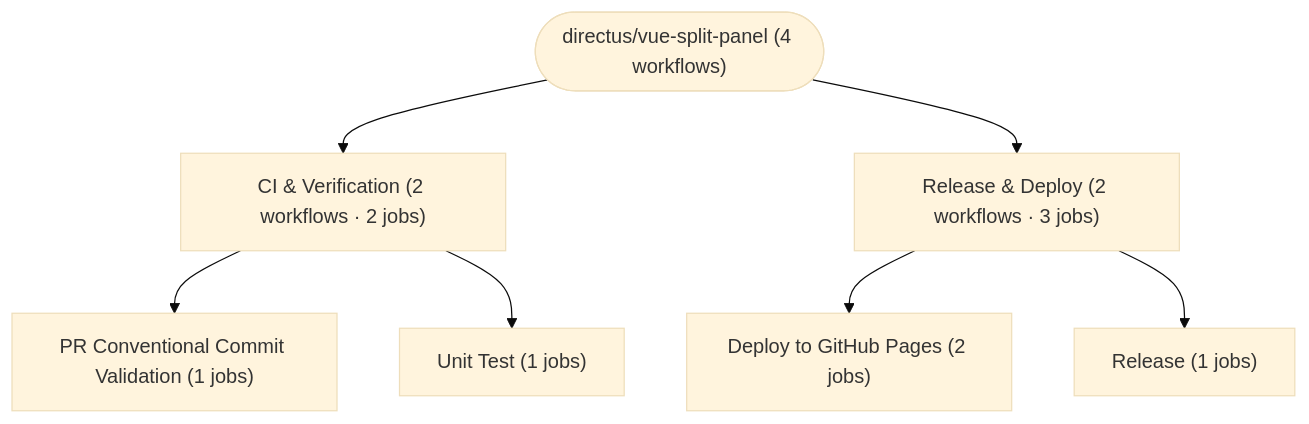
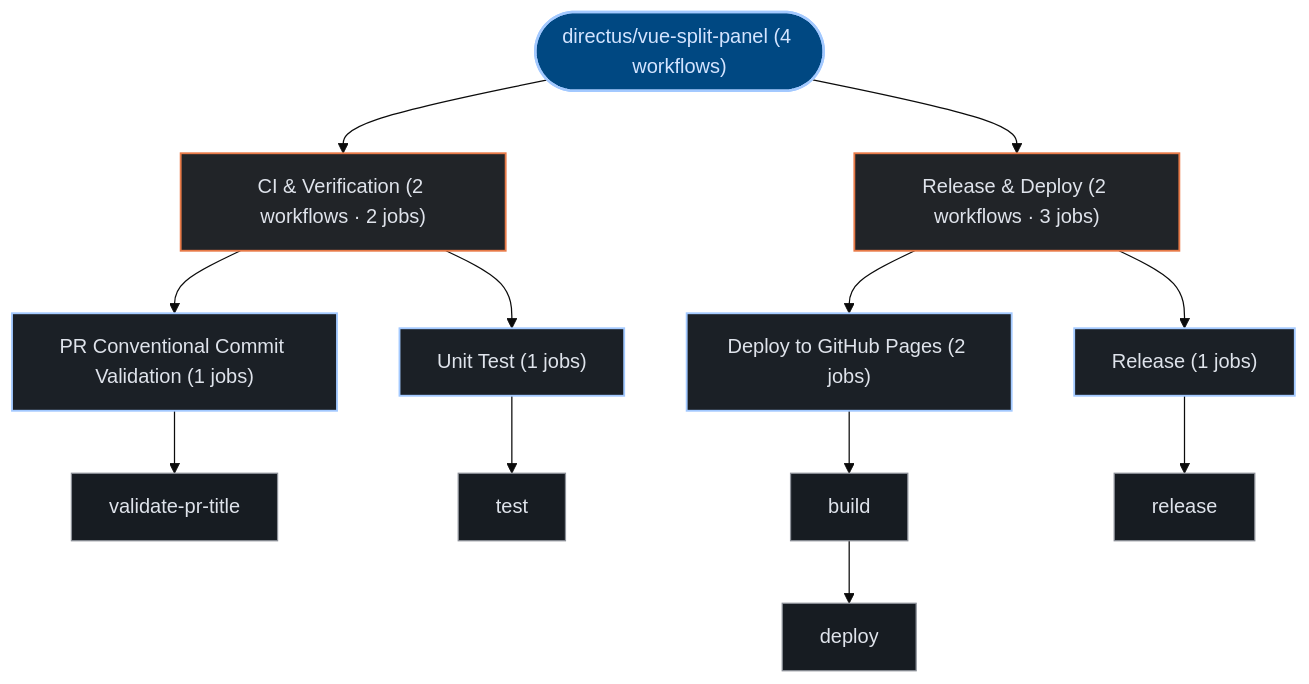
Before and after one commit to kumarshaz/atruss-code-atlas: the third of 3 diagrams in exports/latest/reports/directus-vue-split-panel-report.md, drawn with Mermaid (base theme). The commit also changed other lines of this file and 331 other files, not shown here.

Commit message:
docs,ui,fix: update SDLC docs, reorder CI/CD DAG first, stylize Mermaid, and fix Arc42 pipeline topology

````diff
--- a/exports/latest/reports/directus-vue-split-panel-report.md
+++ b/exports/latest/reports/directus-vue-split-panel-report.md
@@ -134,16 +145,33 @@
 ```mermaid
 graph TD;
-  pipeline_root(["directus/vue-split-panel (4 workflows)"])
-  grp_0_CI___Verification["CI & Verification (2 workflows · 2 jobs)"]
+  classDef atlasRoot fill:#004882,stroke:#a3c9ff,stroke-width:2px,color:#d3e4ff
+  classDef atlasCategory fill:#212428,stroke:#E87A48,stroke-width:1.5px,color:#dfe3eb
+  classDef atlasWorkflow fill:#1b2026,stroke:#a3c9ff,stroke-width:1.5px,color:#dfe3eb
+  classDef atlasJob fill:#171c22,stroke:#8d9199,stroke-width:1px,color:#dfe3eb
+  classDef atlasTarget fill:#005227,stroke:#8bd99b,stroke-width:1.5px,color:#a7f6b6
+  classDef atlasAlert fill:#93000a,stroke:#ffb4ab,stroke-width:1.5px,color:#ffdad6
+  classDef atlasMore fill:#252a31,stroke:#8d9199,stroke-dasharray:4 4,color:#c3c6cf
+  pipeline_root(["directus/vue-split-panel (4 workflows)"]):::atlasRoot
+  grp_0_CI___Verification["CI & Verification (2 workflows · 2 jobs)"]:::atlasCategory
   pipeline_root --> grp_0_CI___Verification
-  wf_0_PR_Conventional_Commit_Validation["PR Conventional Commit Validation (1 jobs)"]
+  wf_0_PR_Conventional_Commit_Validation["PR Conventional Commit Validation (1 jobs)"]:::atlasWorkflow
   grp_0_CI___Verification --> wf_0_PR_Conventional_Commit_Validation
-  wf_3_Unit_Test["Unit Test (1 jobs)"]
+  job_0_validate_pr_title["validate-pr-title"]:::atlasJob
+  wf_0_PR_Conventional_Commit_Validation --> job_0_validate_pr_title
+  wf_3_Unit_Test["Unit Test (1 jobs)"]:::atlasWorkflow
   grp_0_CI___Verification --> wf_3_Unit_Test
-  grp_1_Release___Deploy["Release & Deploy (2 workflows · 3 jobs)"]
+  job_3_test["test"]:::atlasJob
+  wf_3_Unit_Test --> job_3_test
+  grp_1_Release___Deploy["Release & Deploy (2 workflows · 3 jobs)"]:::atlasCategory
   pipeline_root --> grp_1_Release___Deploy
-  wf_1_Deploy_to_GitHub_Pages["Deploy to GitHub Pages (2 jobs)"]
+  wf_1_Deploy_to_GitHub_Pages["Deploy to GitHub Pages (2 jobs)"]:::atlasWorkflow
   grp_1_Release___Deploy --> wf_1_Deploy_to_GitHub_Pages
-  wf_2_Release["Release (1 jobs)"]
+  job_1_build["build"]:::atlasJob
+  job_1_deploy["deploy"]:::atlasJob
+  wf_1_Deploy_to_GitHub_Pages --> job_1_build
+  job_1_build --> job_1_deploy
+  wf_2_Release["Release (1 jobs)"]:::atlasWorkflow
   grp_1_Release___Deploy --> wf_2_Release
+  job_2_release["release"]:::atlasJob
+  wf_2_Release --> job_2_release
 ```
````
